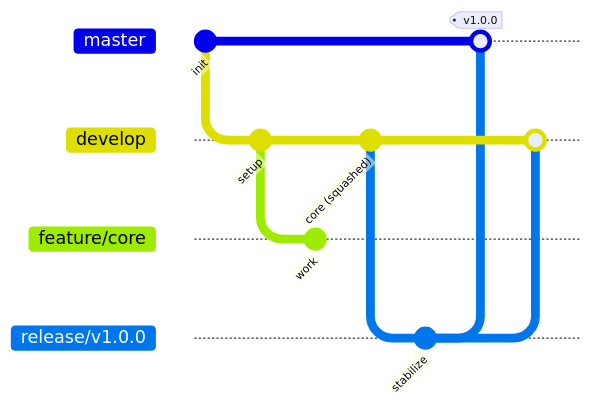
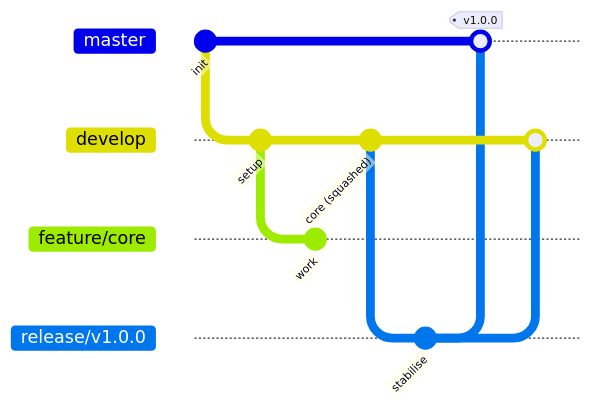
The diagram in CONTRIBUTING.md (NinjaMonkeyGames/gamemaker-project-template), drawn with Mermaid before and after one commit. The commit also changed other lines of this file, not shown here.

````diff
--- a/CONTRIBUTING.md
+++ b/CONTRIBUTING.md
@@ -71,20 +64,20 @@
 ```mermaid
 %%{init: { 'gitGraph': { 'mainBranchName': 'master' }}}%%
 gitGraph
    commit id: "init"
    branch develop
    checkout develop
    commit id: "setup"
    branch feature/core
    checkout feature/core
    commit id: "work"
    checkout develop
    commit id: "core (squashed)"
    branch release/v1.0.0
    checkout release/v1.0.0
-   commit id: "stabilize"
+   commit id: "stabilise"
    checkout master
    merge release/v1.0.0 tag: "v1.0.0"
    checkout develop
    merge release/v1.0.0
 ```
````
